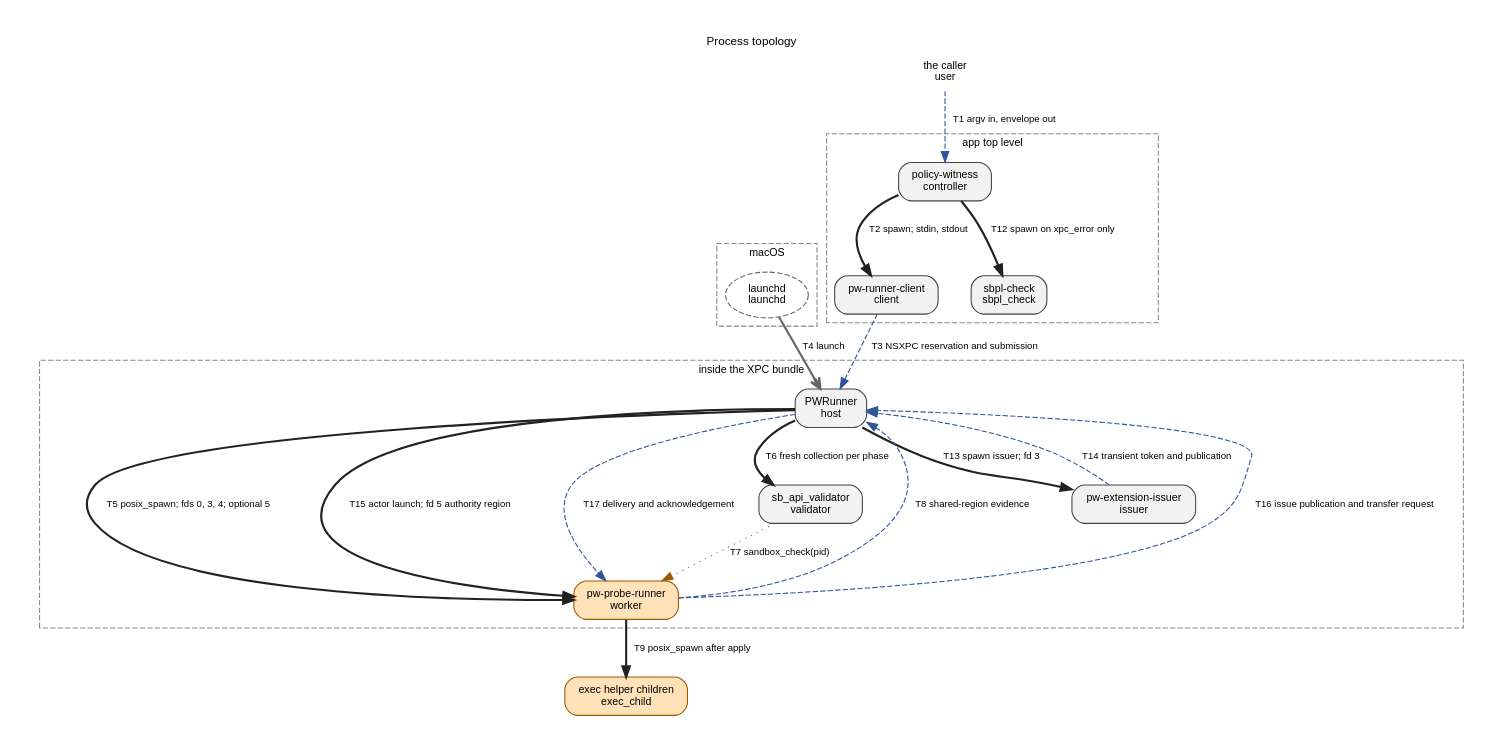
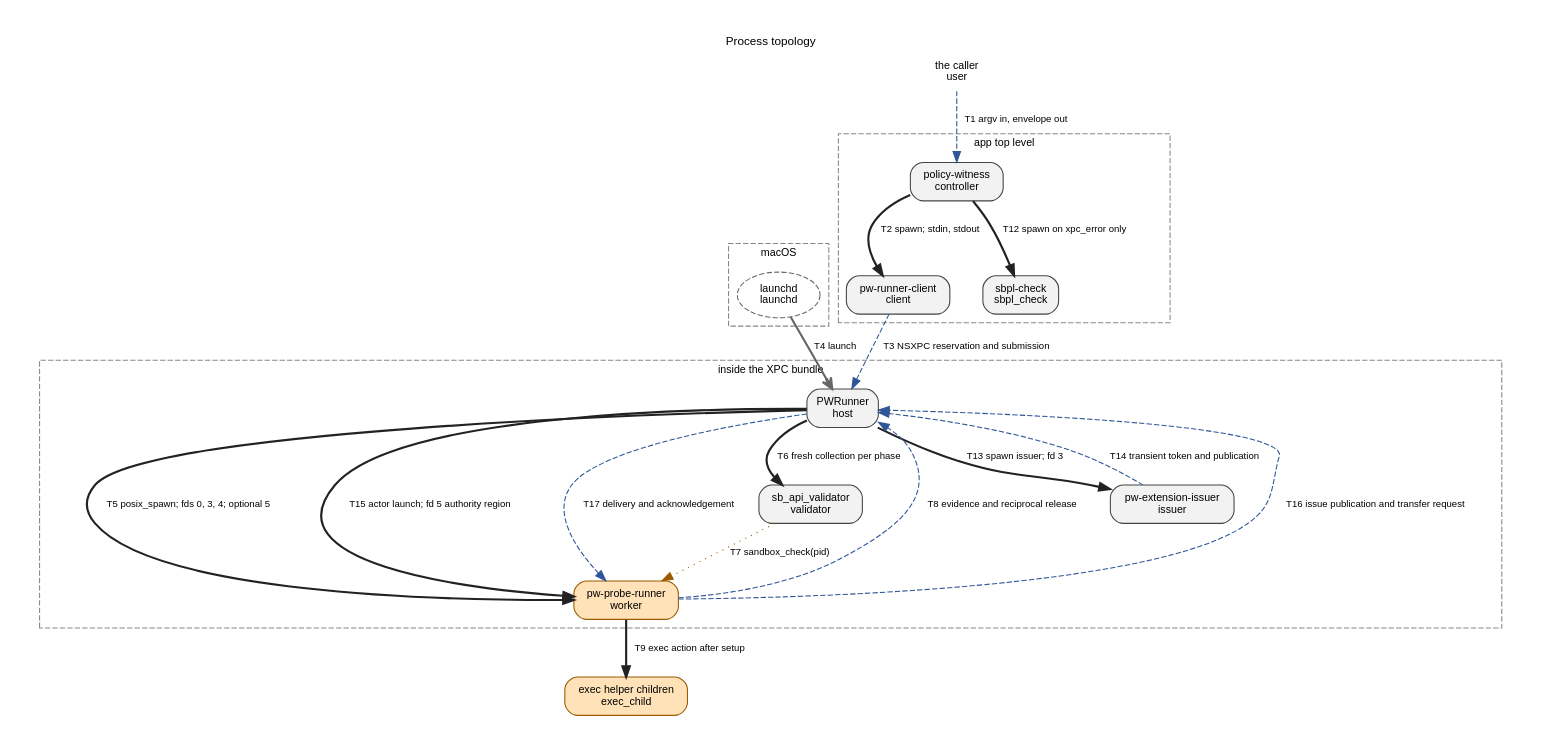
Before and after one commit to Protonk/PolicyWitness: the diagram in docs/architecture-topology.dot, drawn with Graphviz. The commit also changed 209 other files, not shown here.

Commit message:
Complete documentation lookback and scoped admission repairs

```diff
--- a/docs/architecture-topology.dot
+++ b/docs/architecture-topology.dot
@@ -23,10 +23,10 @@
     controller [shape="box", style="rounded,filled", fillcolor="#f2f2f2", color="#444444", label="policy-witness\ncontroller", URL="ARCHITECTURE.md#process-topology-nodes", tooltip="controller: policy-witness | Rust; app top level; the caller; no; none; one run "];
     client [shape="box", style="rounded,filled", fillcolor="#f2f2f2", color="#444444", label="pw-runner-client\nclient", URL="ARCHITECTURE.md#process-topology-nodes", tooltip="client: pw-runner-client | Swift; app top level; the controller; no; none; one helper per request; effect-free reservation attempts and the single execution invocation share one absolute deadline "];
     host [shape="box", style="rounded,filled", fillcolor="#f2f2f2", color="#444444", label="PWRunner\nhost", URL="ARCHITECTURE.md#process-topology-nodes", tooltip="host: PWRunner | Swift; inside the XPC bundle; launchd: XPC service lookup, or a Mach service for BYOXPC; no; none, by the invariance rule; actor-form token custody copies, compares and erases bytes without a sandbox call; one reservation and at most one specimen; unused reservation expiry or abandonment retires the host; terminal reply flush delay 50 milliseconds is best effort All authorized connections share one locked reservation slot. Only the connection holding its grant can consume it, before specimen decoding. Stale expiry or disconnect cannot retire an executing owner; client loss after submission never permits replay."];
-    worker [shape="box", style="rounded,filled", fillcolor="#ffe2b8", color="#9a5b00", label="pw-probe-runner\nworker", URL="ARCHITECTURE.md#process-topology-nodes", tooltip="worker: pw-probe-runner | C; inside the XPC bundle; the host; yes; applies the specimen policy to itself; sandbox_compile_string, params, sandbox_apply; sandbox_extension_consume and sandbox_extension_release; sandbox_extension_issue_file in an actor; one specimen in the single-worker form, or one actor of an actor-form specimen; one application (none for an unapplied actor) and all of its ordered visits; parked between visits; terminal publication exits without host permission "];
+    worker [shape="box", style="rounded,filled", fillcolor="#ffe2b8", color="#9a5b00", label="pw-probe-runner\nworker", URL="ARCHITECTURE.md#process-topology-nodes", tooltip="worker: pw-probe-runner | C; inside the XPC bundle; the host; applies its supplied policy once; an unapplied actor declares setup without application; sandbox_compile_string, params, sandbox_apply; sandbox_extension_consume and sandbox_extension_release; sandbox_extension_issue_file in an actor; one specimen in the single-worker form, or one actor of an actor-form specimen; one application (none for an unapplied actor) and all of its ordered visits; parked between visits; terminal publication exits without host permission "];
     exec_child [shape="box", style="rounded,filled", fillcolor="#ffe2b8", color="#9a5b00", label="exec helper children\nexec_child", URL="ARCHITECTURE.md#process-topology-nodes", tooltip="exec_child: exec helper children | caller-supplied; the caller's path; the worker; inherit the worker's sandbox; none of PolicyWitness's; the worker bounds collection and leader reap; ordinary completion and worker death can leave same-group descendants alive; escaped descendants are not contained "];
     validator [shape="box", style="rounded,filled", fillcolor="#f2f2f2", color="#444444", label="sb_api_validator\nvalidator", URL="ARCHITECTURE.md#process-topology-nodes", tooltip="validator: sb_api_validator | C; inside the XPC bundle; the host at each eligible phase arrival; no; sandbox_check; one phase collection "];
-    sbpl_check [shape="box", style="rounded,filled", fillcolor="#f2f2f2", color="#444444", label="sbpl-check\nsbpl_check", URL="ARCHITECTURE.md#process-topology-nodes", tooltip="sbpl_check: sbpl-check | Rust; app top level; the controller, only for an admitted client terminal xpc_error; no; sandbox_compile_string and params; never applies; one compile "];
+    sbpl_check [shape="box", style="rounded,filled", fillcolor="#f2f2f2", color="#444444", label="sbpl-check\nsbpl_check", URL="ARCHITECTURE.md#process-topology-nodes", tooltip="sbpl_check: sbpl-check | Rust; app top level; the controller, only for an admitted client terminal xpc_error; no; sandbox_compile_string and params; never applies; one compile per helper process; the controller invokes a helper for the held request and one for each selected actor policy, potentially before host admission "];
     launchd [shape="ellipse", style="dashed", color="#666666", label="launchd\nlaunchd", URL="ARCHITECTURE.md#process-topology-nodes", tooltip="launchd: launchd | OS; system; no; none "];
     issuer [shape="box", style="rounded,filled", fillcolor="#f2f2f2", color="#444444", label="pw-extension-issuer\nissuer", URL="ARCHITECTURE.md#process-topology-nodes", tooltip="issuer: pw-extension-issuer | inside the XPC bundle; one declaration before worker creation; confirmed clean reap required for delivery; C; the host; outside the specimen policy; ordinary process authority; sandbox_extension_issue_file "];
     user -> controller [style="dashed", color="#2f5597", label="T1 argv in, envelope out", URL="ARCHITECTURE.md#process-topology-edges", tooltip="T1: argv in; one JSON envelope on stdout |  "];
@@ -36,12 +36,12 @@
     host -> worker [style="bold", color="#222222", label="T5 posix_spawn; fds 0, 3, 4; optional 5", URL="ARCHITECTURE.md#process-topology-edges", tooltip="T5: posix_spawn; fd 0 policy pipe, fd 3 shared region, fd 4 ready pipe; optional fd 5 transient token channel |  Policy delivery uses nonblocking writes under one absolute monotonic deadline (the worker_policy_transfer limit) beginning after spawn. Expiry closes input and enters cleanup before readiness or sentinel polling. The pipe carries no framing: the host writes the submission's byte count into the shared header before spawn, and the worker at EOF publishes the count it read and refuses a different length before compiling."];
     host -> validator [style="bold", color="#222222", label="T6 fresh collection per phase", URL="ARCHITECTURE.md#process-topology-edges", tooltip="T6: fresh posix_spawn --batch <pid> per eligible phase; bundle-local default or explicit override; bounded NDJSON |  "];
     validator -> worker [style="dotted", color="#9a5b00", label="T7 sandbox_check(pid)", URL="ARCHITECTURE.md#process-topology-edges", tooltip="T7: sandbox_check against the worker PID, with SANDBOX_CHECK_NO_REPORT |  "];
-    worker -> host [style="dashed", color="#2f5597", label="T8 shared-region evidence", URL="ARCHITECTURE.md#process-topology-edges", tooltip="T8: immutable phase arrivals, acknowledgements and completions; numbered releases before actions; separate native call markers/results and fresh-read syscall observations |  "];
-    worker -> exec_child [style="bold", color="#222222", label="T9 posix_spawn after apply", URL="ARCHITECTURE.md#process-topology-edges", tooltip="T9: posix_spawn after apply; stdout and stderr pipes into bounded slot buffers |  "];
-    controller -> sbpl_check [style="bold", color="#222222", label="T12 spawn on xpc_error only", URL="ARCHITECTURE.md#process-topology-edges", tooltip="T12: spawn only for an admitted client terminal xpc_error; held request in; helper envelope out |  "];
-    host -> issuer [style="bold", color="#222222", label="T13 spawn issuer; fd 3", URL="ARCHITECTURE.md#process-topology-edges", tooltip="T13: fresh ordinary-authority issuer; fd 3 token mapping, stdio /dev/null, empty environment |  Issuer wait 5,000 milliseconds; cleanup may overrun. Missing capability refuses extension specimens."];
+    worker -> host [style="dashed", color="#2f5597", label="T8 evidence and reciprocal release", URL="ARCHITECTURE.md#process-topology-edges", tooltip="T8: shared-region worker arrivals, acknowledgements, completions and native observations; reciprocal host numbered releases hold requested actions |  "];
+    worker -> exec_child [style="bold", color="#222222", label="T9 exec action after setup", URL="ARCHITECTURE.md#process-topology-edges", tooltip="T9: posix_spawn inside an exec action after setup (after apply when supplied); stdout/stderr pipes into bounded slot buffers; excluded for authority-participating actors |  "];
+    controller -> sbpl_check [style="bold", color="#222222", label="T12 spawn on xpc_error only", URL="ARCHITECTURE.md#process-topology-edges", tooltip="T12: spawn only for an admitted client terminal xpc_error; held-request diagnostic plus independently associated actor-policy diagnostics; host request admission may not have occurred |  "];
+    host -> issuer [style="bold", color="#222222", label="T13 spawn issuer; fd 3", URL="ARCHITECTURE.md#process-topology-edges", tooltip="T13: fresh ordinary-authority issuer; fd 3 token mapping, stdio /dev/null, empty environment |  Declaration form only: issuer wait 5,000 milliseconds; cleanup may overrun. Missing capability refuses declaration-form extension specimens."];
     issuer -> host [style="dashed", color="#2f5597", label="T14 transient token and publication", URL="ARCHITECTURE.md#process-topology-edges", tooltip="T14: native issuance publication and bounded transient token bytes; host owns cleanup and delivery eligibility |  Token storage 16,384 bytes; raw bytes never enter reply fields."];
     host -> worker [style="bold", color="#222222", label="T15 actor launch; fd 5 authority region", URL="ARCHITECTURE.md#process-topology-edges", tooltip="T15: actor form: posix_spawn with an empty environment, stdin policy pipe, null stdout/stderr and CLOEXEC_DEFAULT; fd 5 the actor's own authority region; activation ordinal and shared lifetime cutoff in the evidence header |  One region per actor, mapped by the host before launch and by that actor before application; a validator or another actor never maps it. Setup allowance 10,000 milliseconds; lifetime cutoff 180,000 milliseconds."];
-    worker -> host [style="dashed", color="#2f5597", label="T16 issue publication and transfer request", URL="ARCHITECTURE.md#process-topology-edges", tooltip="T16: one-shot outbound publication per admitted issue and a distinct request/answer cell per transfer; the host owns published outbound bytes until copying or rejection and erasure |  Exchange allowance 5,000 milliseconds on each side; expiry is a transport status, never a native result. A later operation cannot reuse the expired operation's payload or answer cell."];
-    host -> worker [style="dashed", color="#2f5597", label="T17 delivery and acknowledgement", URL="ARCHITECTURE.md#process-topology-edges", tooltip="T17: delivery into the recipient's assigned inbound slot; the parked recipient validates framing and its preassigned source/action/delivery before acknowledging without consuming |  The host compares accepted recipient bytes with custody before settling the delivery as usable or withdrawn. Consumption requires usable settlement. Private custody is erased at last transfer; shared teardown erasure follows confirmed quiescence."];
+    worker -> host [style="dashed", color="#2f5597", label="T16 issue publication and transfer request", URL="ARCHITECTURE.md#process-topology-edges", tooltip="T16: one-shot outbound publication per admitted issue and a distinct request/answer cell per transfer; the host owns published outbound bytes until copying or rejection and erasure |  Exchange allowance 5,000 milliseconds on each side; expiry is a transport status, never a native result. A later operation cannot reuse the expired operation's payload or answer cell. Host answer and completed source action are separate observations; a source timeout can still complete its phase."];
+    host -> worker [style="dashed", color="#2f5597", label="T17 delivery and acknowledgement", URL="ARCHITECTURE.md#process-topology-edges", tooltip="T17: delivery into the recipient's assigned inbound slot; the parked recipient validates framing and its preassigned source/action/delivery before acknowledging without consuming |  Recipient framing acknowledgement precedes host byte equality and usable/failed settlement, then the source answer. Consumption requires committed, accepted, usable settlement. Private custody erases at last declared transfer use, including failed delivery; shared teardown erasure requires a reaped or never-launched owner."];
 }
```
